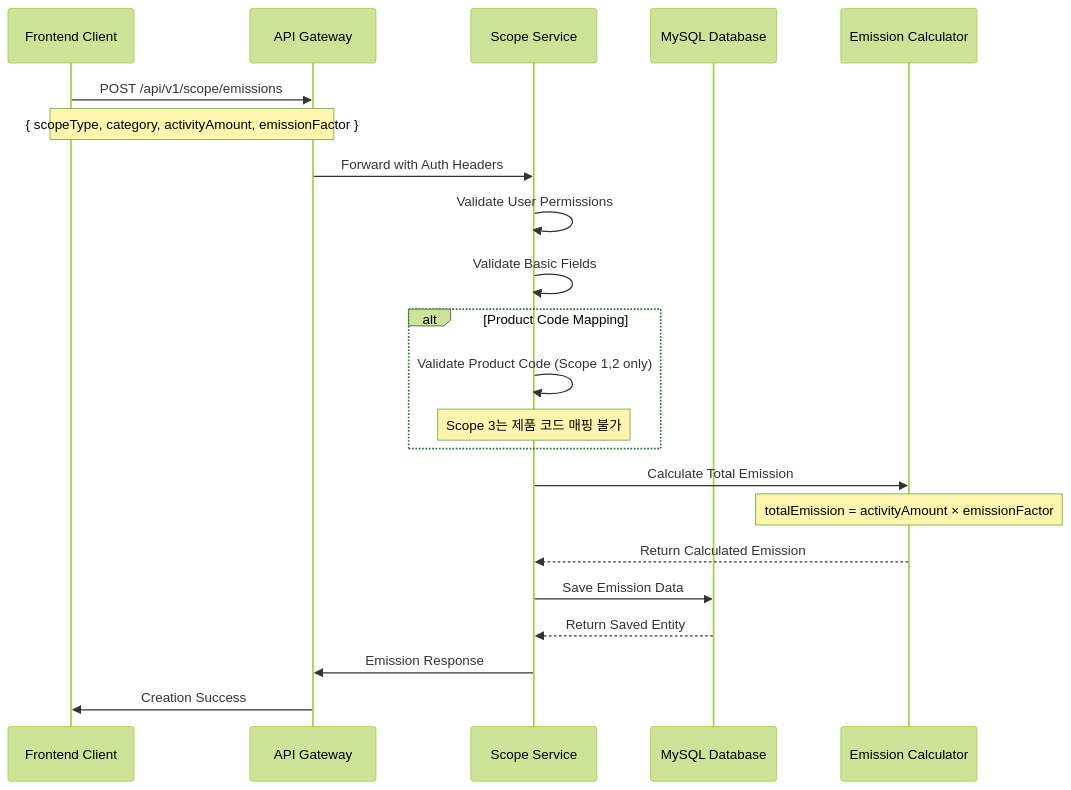
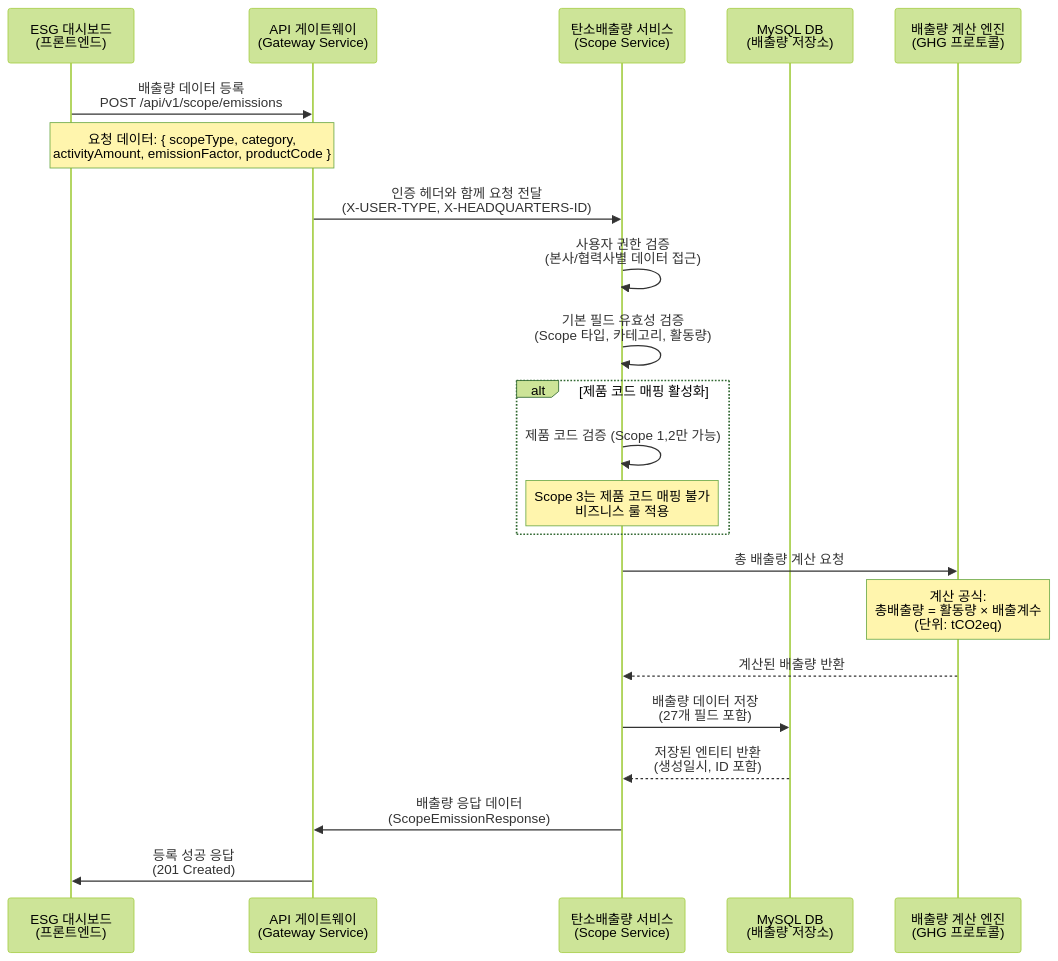
One commit to NSMM-v2/scope-service changed the fourth of 8 diagrams in README.md. Above: the diagram before and after it, drawn with Mermaid (forest theme). The commit also changed other lines of this file, not shown here.

````diff
--- a/README.md
+++ b/README.md
@@ -136,30 +214,30 @@
 ```mermaid
 sequenceDiagram
-    participant Client as Frontend Client
-    participant GW as API Gateway
-    participant SCOPE as Scope Service
-    participant DB as MySQL Database
-    participant CALC as Emission Calculator
+    participant 클라이언트 as ESG 대시보드<br/>(프론트엔드)
+    participant 게이트웨이 as API 게이트웨이<br/>(Gateway Service)
+    participant 스콥서비스 as 탄소배출량 서비스<br/>(Scope Service)
+    participant 데이터베이스 as MySQL DB<br/>(배출량 저장소)
+    participant 계산엔진 as 배출량 계산 엔진<br/>(GHG 프로토콜)
 
-    Client->>GW: POST /api/v1/scope/emissions
-    Note over Client,GW: { scopeType, category, activityAmount, emissionFactor }
-    GW->>SCOPE: Forward with Auth Headers
+    클라이언트->>게이트웨이: 배출량 데이터 등록<br/>POST /api/v1/scope/emissions
+    Note over 클라이언트,게이트웨이: 요청 데이터: { scopeType, category,<br/>activityAmount, emissionFactor, productCode }
+    게이트웨이->>스콥서비스: 인증 헤더와 함께 요청 전달<br/>(X-USER-TYPE, X-HEADQUARTERS-ID)
     
-    SCOPE->>SCOPE: Validate User Permissions
-    SCOPE->>SCOPE: Validate Basic Fields
+    스콥서비스->>스콥서비스: 사용자 권한 검증<br/>(본사/협력사별 데이터 접근)
+    스콥서비스->>스콥서비스: 기본 필드 유효성 검증<br/>(Scope 타입, 카테고리, 활동량)
     
-    alt Product Code Mapping
-        SCOPE->>SCOPE: Validate Product Code (Scope 1,2 only)
-        Note over SCOPE: Scope 3는 제품 코드 매핑 불가
+    alt 제품 코드 매핑 활성화
+        스콥서비스->>스콥서비스: 제품 코드 검증 (Scope 1,2만 가능)
+        Note over 스콥서비스: Scope 3는 제품 코드 매핑 불가<br/>비즈니스 룰 적용
     end
     
-    SCOPE->>CALC: Calculate Total Emission
-    Note over CALC: totalEmission = activityAmount × emissionFactor
-    CALC-->>SCOPE: Return Calculated Emission
+    스콥서비스->>계산엔진: 총 배출량 계산 요청
+    Note over 계산엔진: 계산 공식:<br/>총배출량 = 활동량 × 배출계수<br/>(단위: tCO2eq)
+    계산엔진-->>스콥서비스: 계산된 배출량 반환
     
-    SCOPE->>DB: Save Emission Data
-    DB-->>SCOPE: Return Saved Entity
+    스콥서비스->>데이터베이스: 배출량 데이터 저장<br/>(27개 필드 포함)
+    데이터베이스-->>스콥서비스: 저장된 엔티티 반환<br/>(생성일시, ID 포함)
     
-    SCOPE->>GW: Emission Response
-    GW->>Client: Creation Success
+    스콥서비스->>게이트웨이: 배출량 응답 데이터<br/>(ScopeEmissionResponse)
+    게이트웨이->>클라이언트: 등록 성공 응답<br/>(201 Created)
 ```
````
